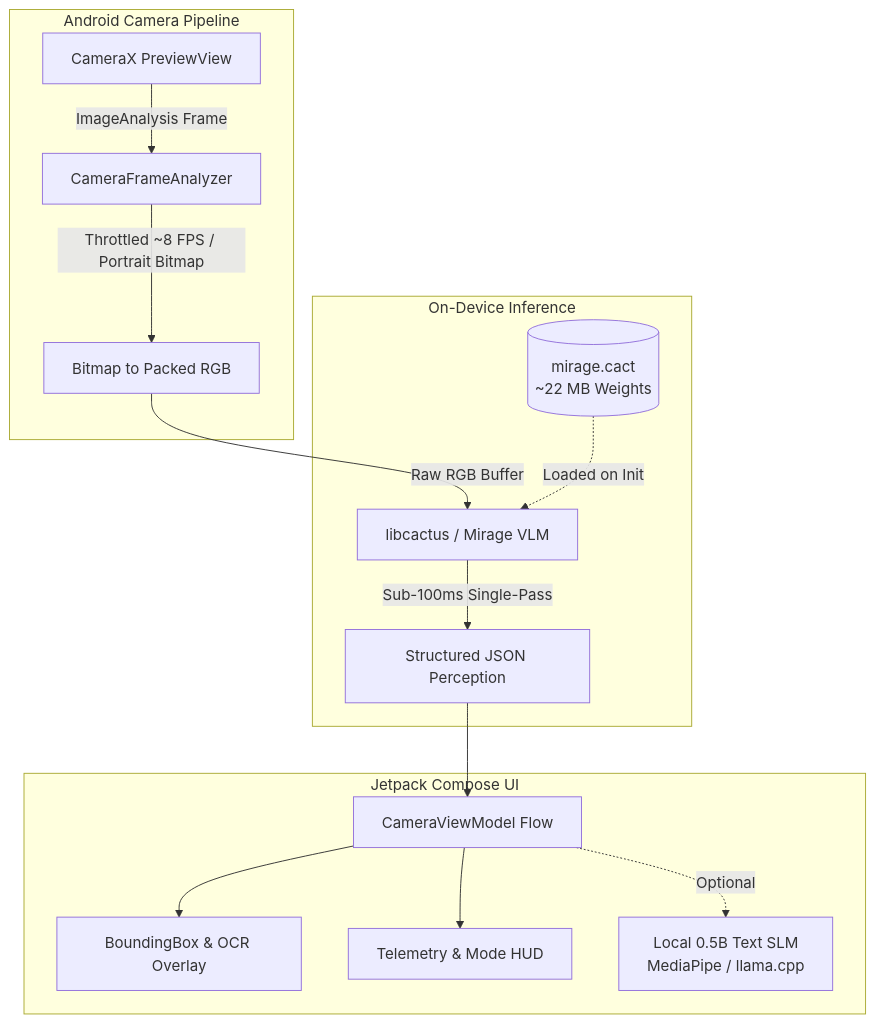
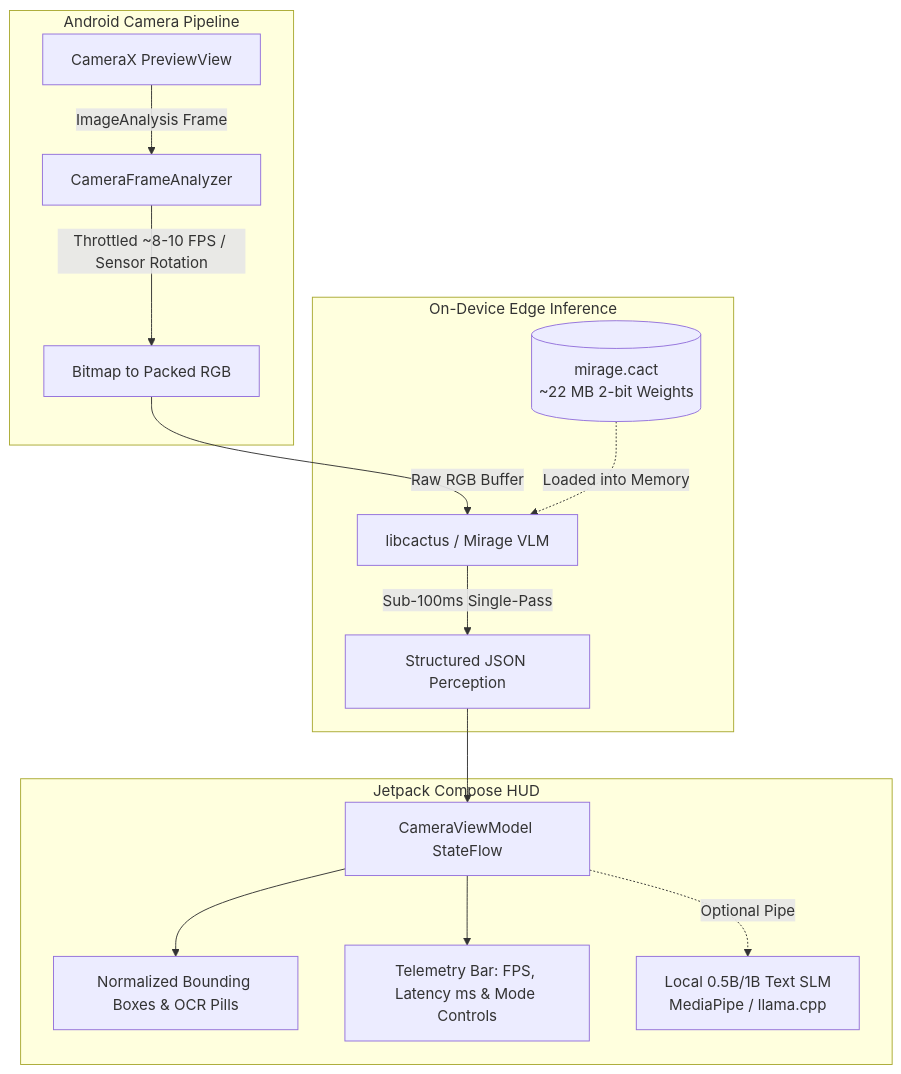
One commit to sohamdalwadi/eko-vision changed the diagram in README.md. Above: the diagram before and after it, drawn with Mermaid. The commit also changed other lines of this file, not shown here.

Commit message:
docs: optimize SEO for AI vision, Mirage VLM, edge perception, benchmarks, and FAQ

````diff
--- a/README.md
+++ b/README.md
@@ -48,20 +64,20 @@
 ```mermaid
 flowchart TD
     subgraph Capture [Android Camera Pipeline]
         Cam[CameraX PreviewView] -->|ImageAnalysis Frame| Analyzer[CameraFrameAnalyzer]
-        Analyzer -->|Throttled ~8 FPS / Portrait Bitmap| Bridge[Bitmap to Packed RGB]
+        Analyzer -->|Throttled ~8-10 FPS / Sensor Rotation| Bridge[Bitmap to Packed RGB]
     end
 
-    subgraph CoreEngine [On-Device Inference]
+    subgraph CoreEngine [On-Device Edge Inference]
         Bridge -->|Raw RGB Buffer| Engine[libcactus / Mirage VLM]
-        Weights[(mirage.cact\n~22 MB Weights)] -.->|Loaded on Init| Engine
+        Weights[(mirage.cact\n~22 MB 2-bit Weights)] -.->|Loaded into Memory| Engine
         Engine -->|Sub-100ms Single-Pass| JsonOut[Structured JSON Perception]
     end
 
-    subgraph Presentation [Jetpack Compose UI]
-        JsonOut --> State[CameraViewModel Flow]
-        State --> BoxOverlay[BoundingBox & OCR Overlay]
-        State --> Hud[Telemetry & Mode HUD]
-        State -.->|Optional| LocalLLM[Local 0.5B Text SLM\nMediaPipe / llama.cpp]
+    subgraph Presentation [Jetpack Compose HUD]
+        JsonOut --> State[CameraViewModel StateFlow]
+        State --> BoxOverlay[Normalized Bounding Boxes & OCR Pills]
+        State --> Hud[Telemetry Bar: FPS, Latency ms & Mode Controls]
+        State -.->|Optional Pipe| LocalLLM[Local 0.5B/1B Text SLM\nMediaPipe / llama.cpp]
     end
 ```
````
